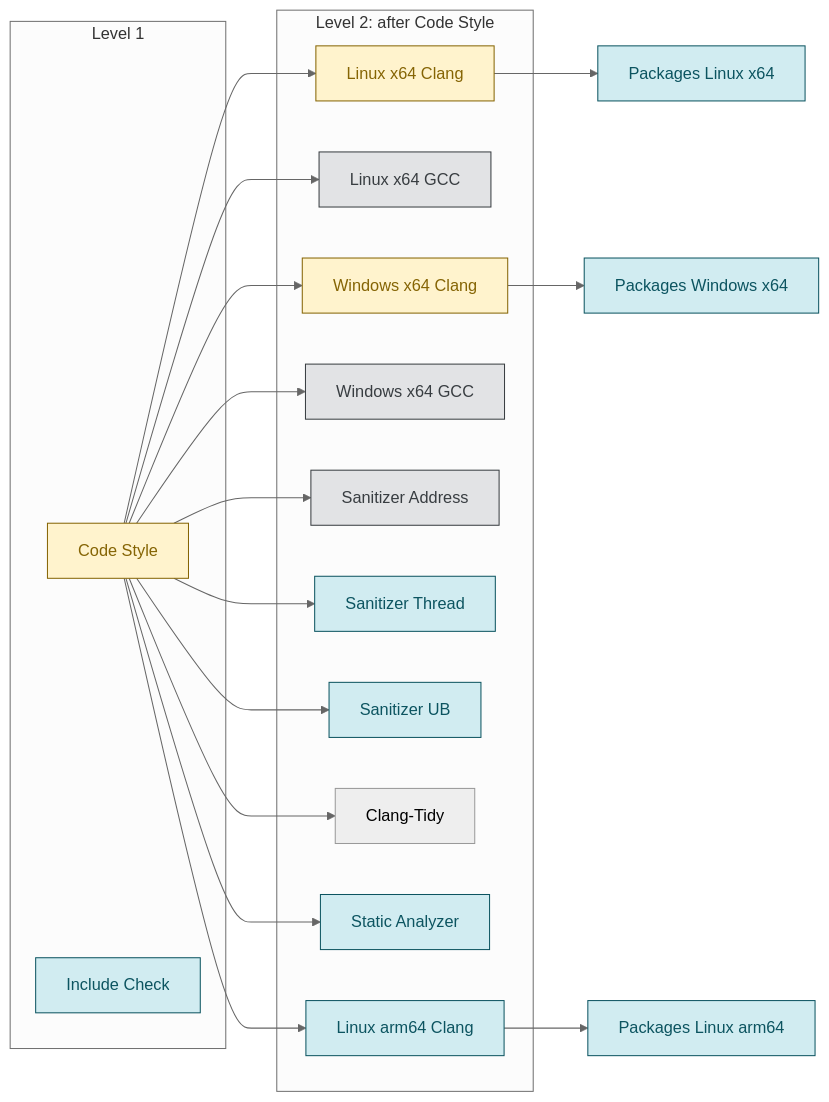
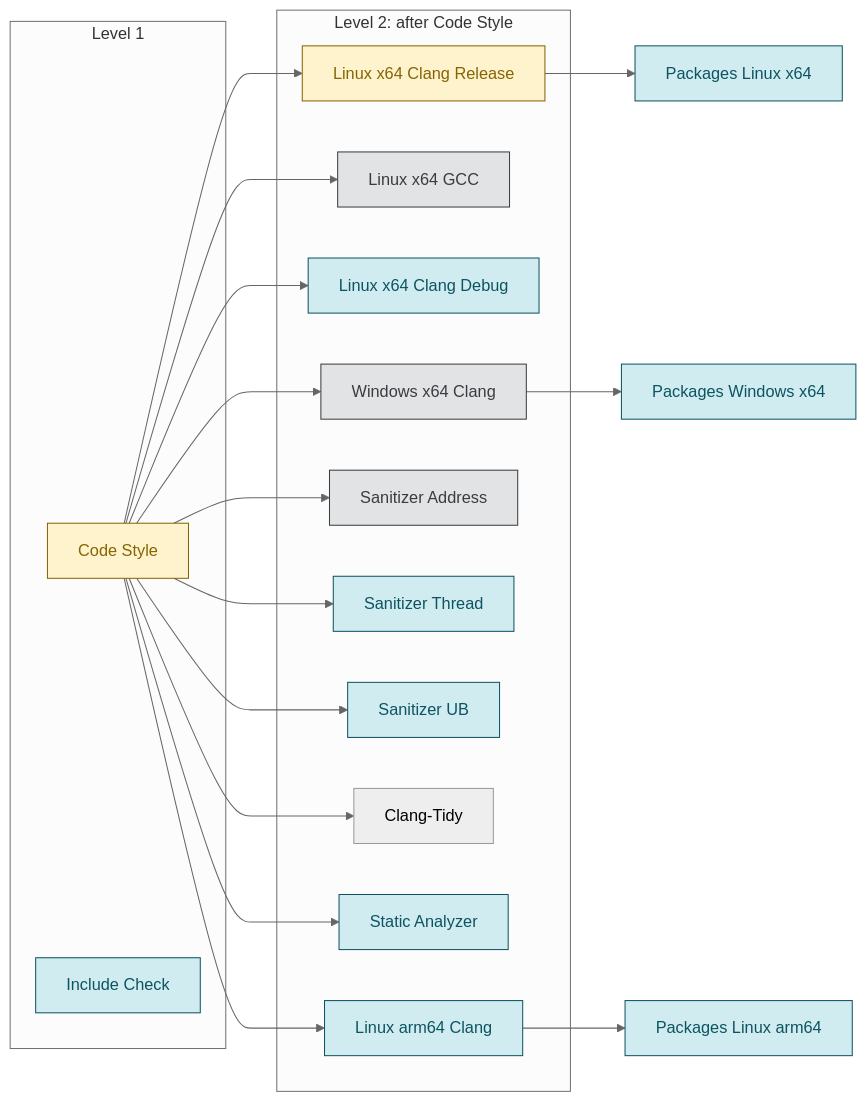
One commit to Silmaen/Owl changed the second of 3 diagrams in doc/pages/continuous_integration.md. Above: the diagram before and after it, drawn with Mermaid (neutral theme). The commit also changed other lines of this file and 35 other files, not shown here.

````diff
--- a/doc/pages/continuous_integration.md
+++ b/doc/pages/continuous_integration.md
@@ -84,24 +84,23 @@
 ```mermaid
 flowchart LR
     subgraph L1[Level 1]
         CS[Code Style]
         IC[Include Check]
     end
     subgraph L2[Level 2: after Code Style]
-        LxC[Linux x64 Clang] & LxG[Linux x64 GCC] & WxC[Windows x64 Clang]
-        WxG[Windows x64 GCC]
+        LxR[Linux x64 Clang Release] & LxG[Linux x64 GCC] & LxC[Linux x64 Clang Debug] & WxC[Windows x64 Clang]
         SA[Sanitizer Address] & ST[Sanitizer Thread] & SU[Sanitizer UB]
         CT[Clang-Tidy] & AN[Static Analyzer]
         LaC[Linux arm64 Clang]
     end
-    CS --> LxC & LxG & WxC & WxG & SA & ST & SU & CT & AN & LaC
-    LxC --> PL[Packages Linux x64]
+    CS --> LxR & LxG & LxC & WxC & SA & ST & SU & CT & AN & LaC
+    LxR --> PL[Packages Linux x64]
     WxC --> PW[Packages Windows x64]
     LaC --> PA[Packages Linux arm64]
     classDef draft fill:#fff3cd,stroke:#856404,color:#856404
     classDef mainOnly fill:#d1ecf1,stroke:#0c5460,color:#0c5460
     classDef afterMerge fill:#e2e3e5,stroke:#383d41,color:#383d41
-    class CS,LxC,WxC draft
-    class IC,LaC,PL,PW,PA,ST,SU,AN mainOnly
-    class LxG,WxG,SA afterMerge
+    class CS,LxR draft
+    class IC,LxC,LaC,PL,PW,PA,ST,SU,AN mainOnly
+    class LxG,WxC,SA afterMerge
 ```
````
